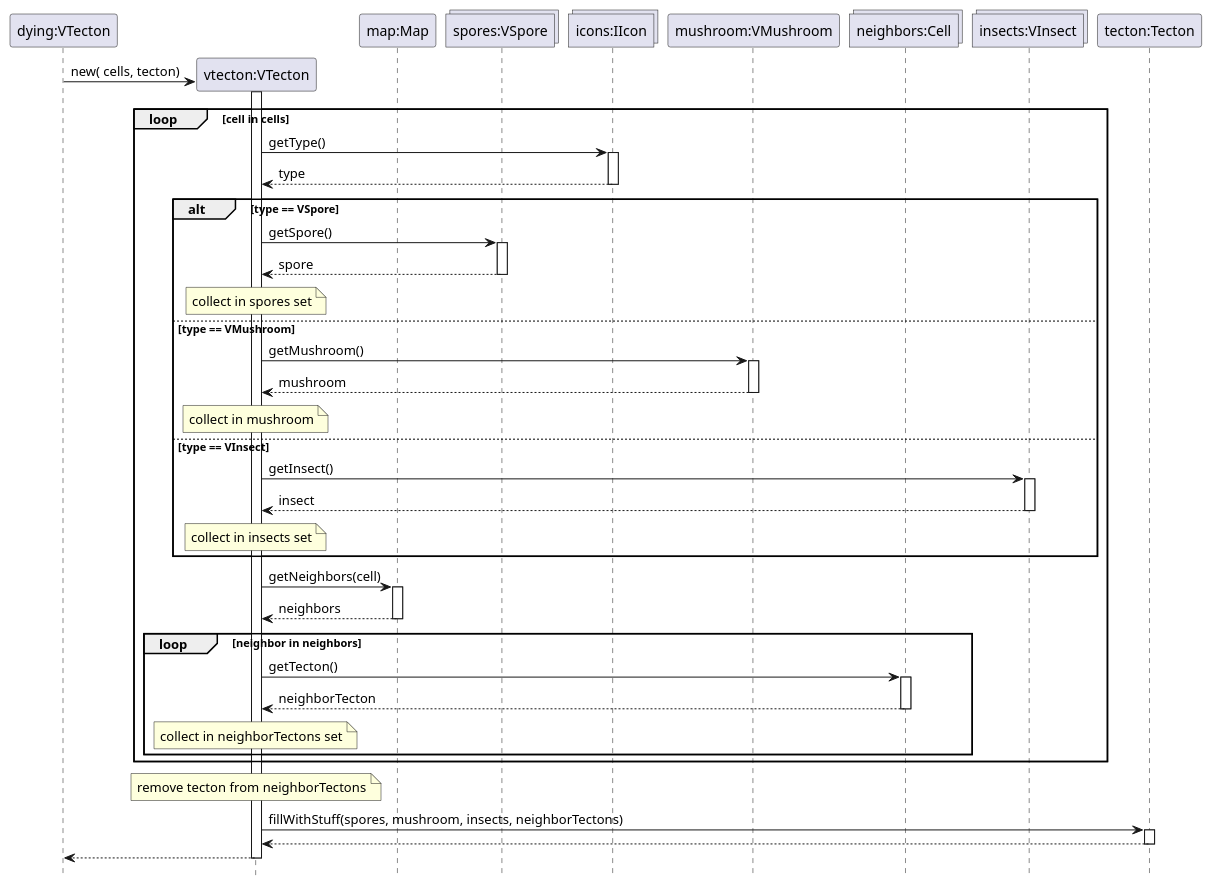
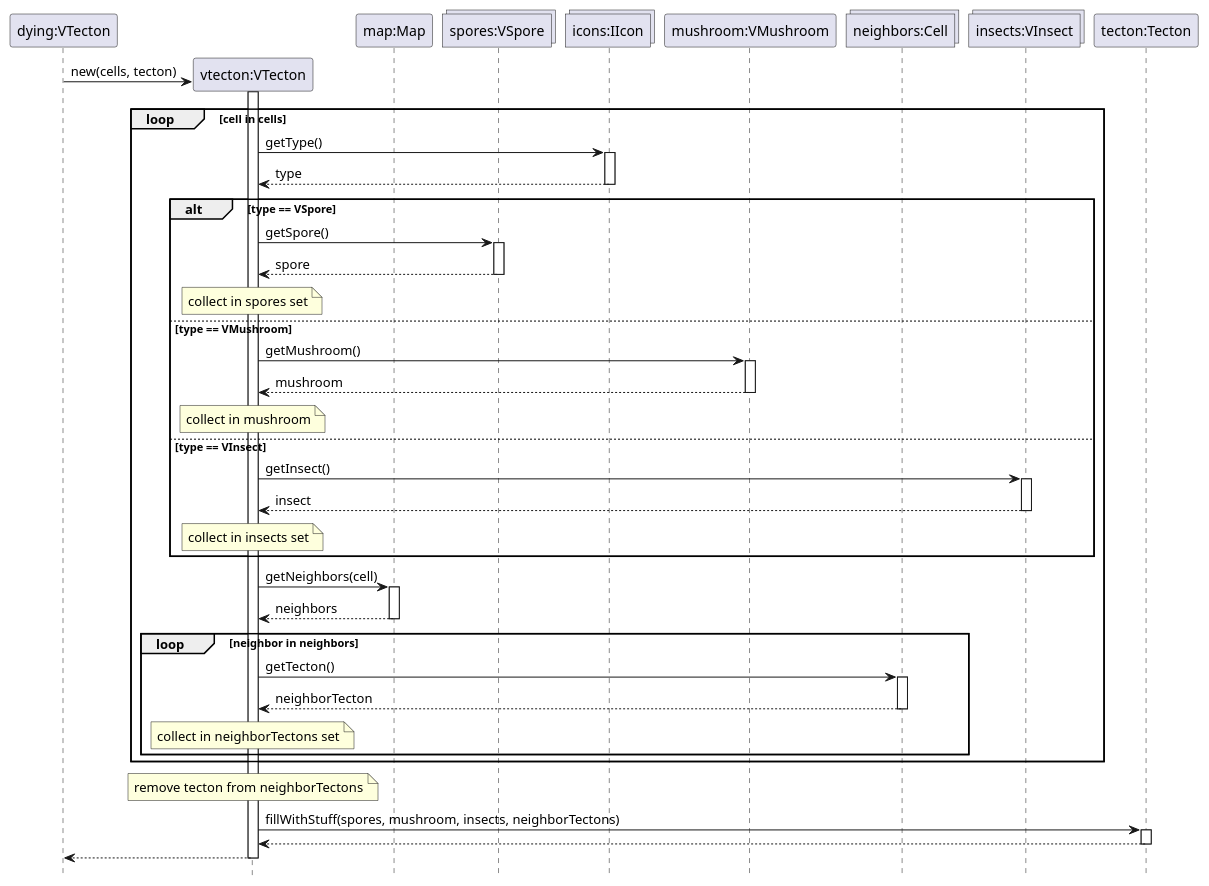
One commit to ZD4ve/projlab-error521 changed the diagram in GuiPlan/vtectonctor.puml. Above: the diagram before and after it, drawn with PlantUML.

Commit message:
remove space

```diff
--- a/GuiPlan/vtectonctor.puml
+++ b/GuiPlan/vtectonctor.puml
@@ -1,73 +1,73 @@
 @startuml VTectonCtor
 hide footbox
 
 participant "dying:VTecton" as dying
 participant "vtecton:VTecton" as vtecton
 participant "map:Map" as map
 collections "spores:VSpore" as spores
 collections "icons:IIcon" as icons
 participant "mushroom:VMushroom" as mushroom
 collections "neighbors:Cell" as neighbors
 collections "insects:VInsect" as insects
 participant "tecton:Tecton" as tecton
 
 create vtecton
-dying -> vtecton : new( cells, tecton)
+dying -> vtecton : new(cells, tecton)
 activate vtecton
 
 loop cell in cells
     vtecton -> icons : getType()
     activate icons
 
     return type
 
     alt type == VSpore
         vtecton -> spores : getSpore()
         activate spores
 
         return spore
 
         note over vtecton : collect in spores set
     
 
     else type == VMushroom
         vtecton -> mushroom : getMushroom()
         activate mushroom
 
         return mushroom
         
         note over vtecton : collect in mushroom 
     
 
     else type == VInsect
         vtecton -> insects : getInsect()
         activate insects
 
         return insect
 
         note over vtecton : collect in insects set
     end
 
     vtecton -> map : getNeighbors(cell)
     activate map
 
     return neighbors
 
     loop neighbor in neighbors
         vtecton -> neighbors : getTecton()
         activate neighbors
 
         return neighborTecton
     
         note over vtecton : collect in neighborTectons set
     end
 end
 
 note over vtecton : remove tecton from neighborTectons
 
 vtecton -> tecton : fillWithStuff(spores, mushroom, insects, neighborTectons)
 activate tecton
 return
 
 return
 @enduml
```
